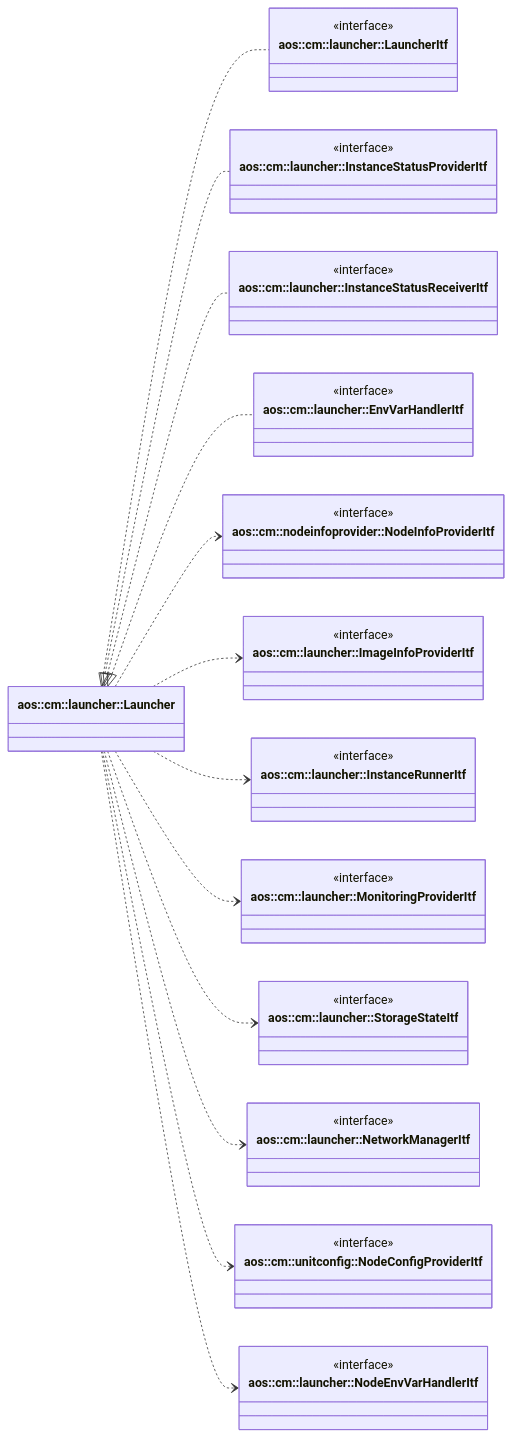
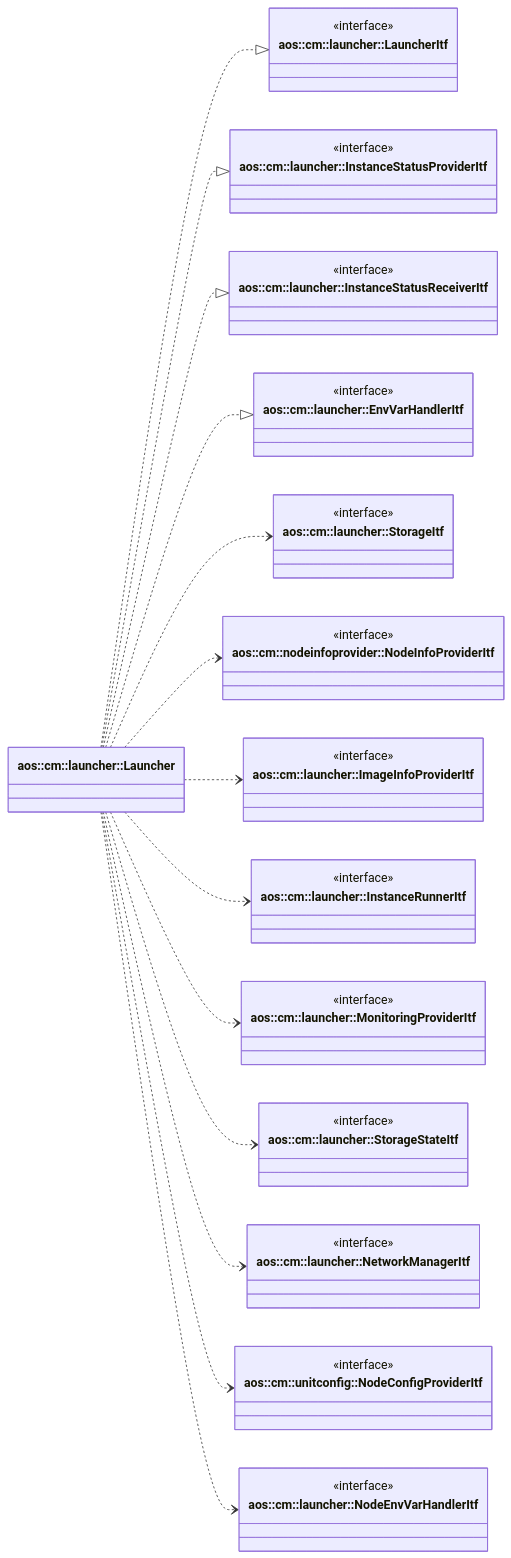
One commit to aosedge/aos_core_lib_cpp changed the first of 4 diagrams in src/core/cm/launcher/launcher.md. Above: the diagram before and after it, drawn with Mermaid. The commit also changed other lines of this file, not shown here.

Commit message:
cm: launcher: update class diagrams

````diff
--- a/src/core/cm/launcher/launcher.md
+++ b/src/core/cm/launcher/launcher.md
@@ -33,68 +34,74 @@
 ```mermaid
 classDiagram
     direction LR
 
     class Launcher["aos::cm::launcher::Launcher"] {
     }
 
     class LauncherItf["aos::cm::launcher::LauncherItf"] {
         <<interface>>
     }
 
     class InstanceStatusProviderItf["aos::cm::launcher::InstanceStatusProviderItf"] {
         <<interface>>
     }
 
     class InstanceStatusReceiverItf["aos::cm::launcher::InstanceStatusReceiverItf"] {
         <<interface>>
     }
 
     class EnvVarHandlerItf["aos::cm::launcher::EnvVarHandlerItf"] {
+        <<interface>>
+    }
+
+    class StorageItf["aos::cm::launcher::StorageItf"] {
         <<interface>>
     }
 
     class NodeInfoProviderItf["aos::cm::nodeinfoprovider::NodeInfoProviderItf"] {
         <<interface>>
     }
 
     class ImageInfoProviderItf ["aos::cm::launcher::ImageInfoProviderItf"] {
         <<interface>>
     }
 
     class InstanceRunnerItf ["aos::cm::launcher::InstanceRunnerItf"] {
         <<interface>>
     }
 
     class MonitoringProviderItf ["aos::cm::launcher::MonitoringProviderItf"] {
         <<interface>>
     }
 
     class StorageStateItf ["aos::cm::launcher::StorageStateItf"] {
         <<interface>>
     }
 
     class NetworkManagerItf ["aos::cm::launcher::NetworkManagerItf"] {
         <<interface>>
     }
 
     class NodeConfigProviderItf ["aos::cm::unitconfig::NodeConfigProviderItf"] {
         <<interface>>
     }
 
     class NodeEnvVarHandlerItf ["aos::cm::launcher::NodeEnvVarHandlerItf"] {
         <<interface>>
     }
 
-    Launcher <|.. LauncherItf
-    Launcher <|.. InstanceStatusProviderItf
-    Launcher <|.. InstanceStatusReceiverItf
-    Launcher <|.. EnvVarHandlerItf
+    Launcher ..|> LauncherItf
+    Launcher ..|> InstanceStatusProviderItf
+    Launcher ..|> InstanceStatusReceiverItf
+    Launcher ..|> EnvVarHandlerItf
+
+    Launcher ..> StorageItf
     Launcher ..> NodeInfoProviderItf
     Launcher ..> ImageInfoProviderItf
     Launcher ..> InstanceRunnerItf
     Launcher ..> MonitoringProviderItf
     Launcher ..> StorageStateItf
     Launcher ..> NetworkManagerItf
     Launcher ..> NodeConfigProviderItf
     Launcher ..> NodeEnvVarHandlerItf
 ```
````
